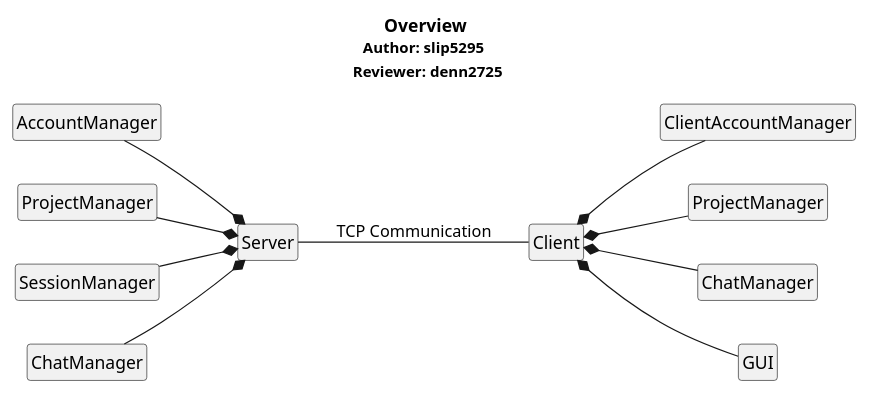
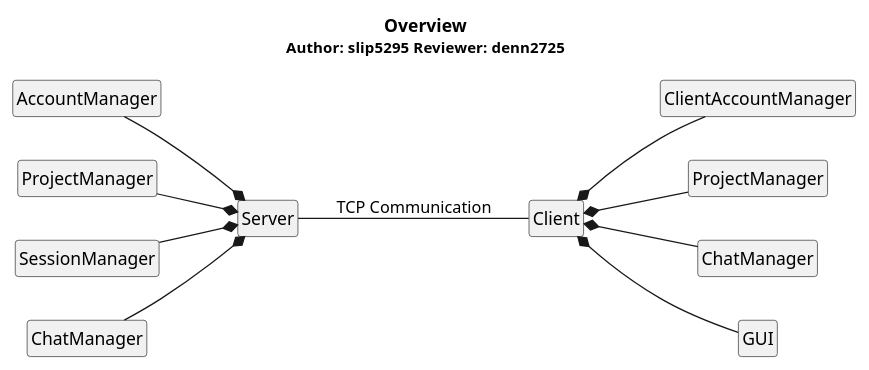
The diagram in hw3/Overview/overview.pu (voxelv/sQuire_kw), drawn with PlantUML before and after one commit.

Commit message:
edited author/reviewer line

```diff
--- a/hw3/Overview/overview.pu
+++ b/hw3/Overview/overview.pu
@@ -1,34 +1,34 @@
 @startuml
 hide circle
 hide empty members
 
-title <b>Overview</b>\n<size:12>Author: slip5295 \n <size:12>Reviewer: denn2725</size>
+title <b>Overview</b>\n<size:12>Author: slip5295  Reviewer: denn2725</size>
 
 left to right direction
 
 class "Client" as sq_c 
 class "Server" as sq_s
 
 class "ClientAccountManager" as sq_acntmgr 
 class "ProjectManager" as sq_projmgr
 class "ChatManager" as sq_chatmgr
 class "GUI" as sq_gui
 
 class "AccountManager" as sqs_ua_m
 class "ProjectManager" as sqs_pr_m
 class "SessionManager" as sqs_se_m
 class "ChatManager" as sqs_ch_m
 
 sq_c *-- sq_projmgr
 sq_c *-- sq_acntmgr
 sq_c *-- sq_chatmgr
 sq_c *-- sq_gui
 
 sq_c -up- sq_s : TCP Communication
 
 sqs_pr_m --* sq_s 
 sqs_ua_m --* sq_s 
 sqs_se_m --* sq_s 
 sqs_ch_m --* sq_s 
 
 @enduml
```
